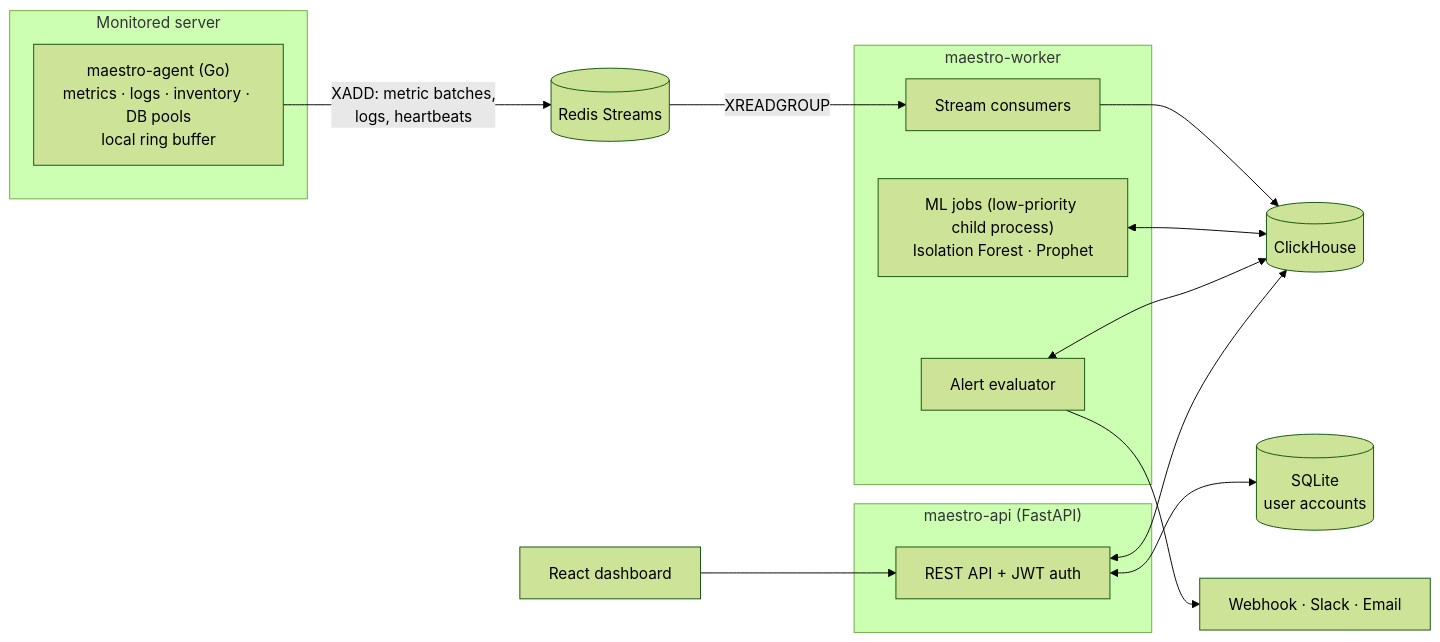
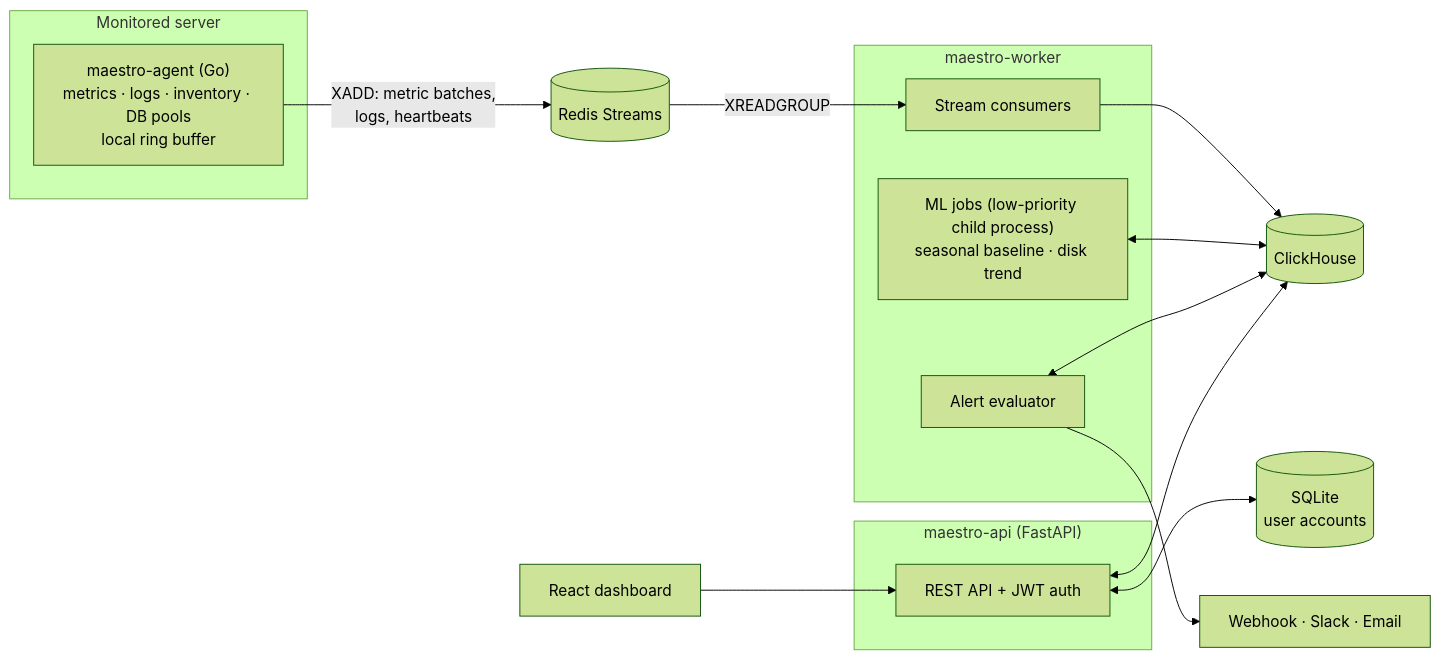
One commit to yuriPeixoto/maestro changed the diagram in README.md. Above: the diagram before and after it, drawn with Mermaid (forest theme). The commit also changed other lines of this file and 57 other files, not shown here.

````diff
--- a/README.md
+++ b/README.md
@@ -26,27 +26,27 @@
 ```mermaid
 flowchart LR
     subgraph host["Monitored server"]
         agent["maestro-agent (Go)<br/>metrics · logs · inventory · DB pools<br/>local ring buffer"]
     end
 
     agent -- "XADD: metric batches,<br/>logs, heartbeats" --> redis[("Redis Streams")]
 
     subgraph worker["maestro-worker"]
         consumers["Stream consumers"]
         evaluator["Alert evaluator"]
-        ml["ML jobs (low-priority child process)<br/>Isolation Forest · Prophet"]
+        ml["ML jobs (low-priority child process)<br/>seasonal baseline · disk trend"]
     end
 
     subgraph api["maestro-api (FastAPI)"]
         rest["REST API + JWT auth"]
     end
 
     redis -- "XREADGROUP" --> consumers
     consumers --> ch[("ClickHouse")]
     ml <--> ch
     evaluator <--> ch
     rest <--> ch
     rest <--> sqlite[("SQLite<br/>user accounts")]
     evaluator --> channels["Webhook · Slack · Email"]
     ui["React dashboard"] --> rest
 ```
````
